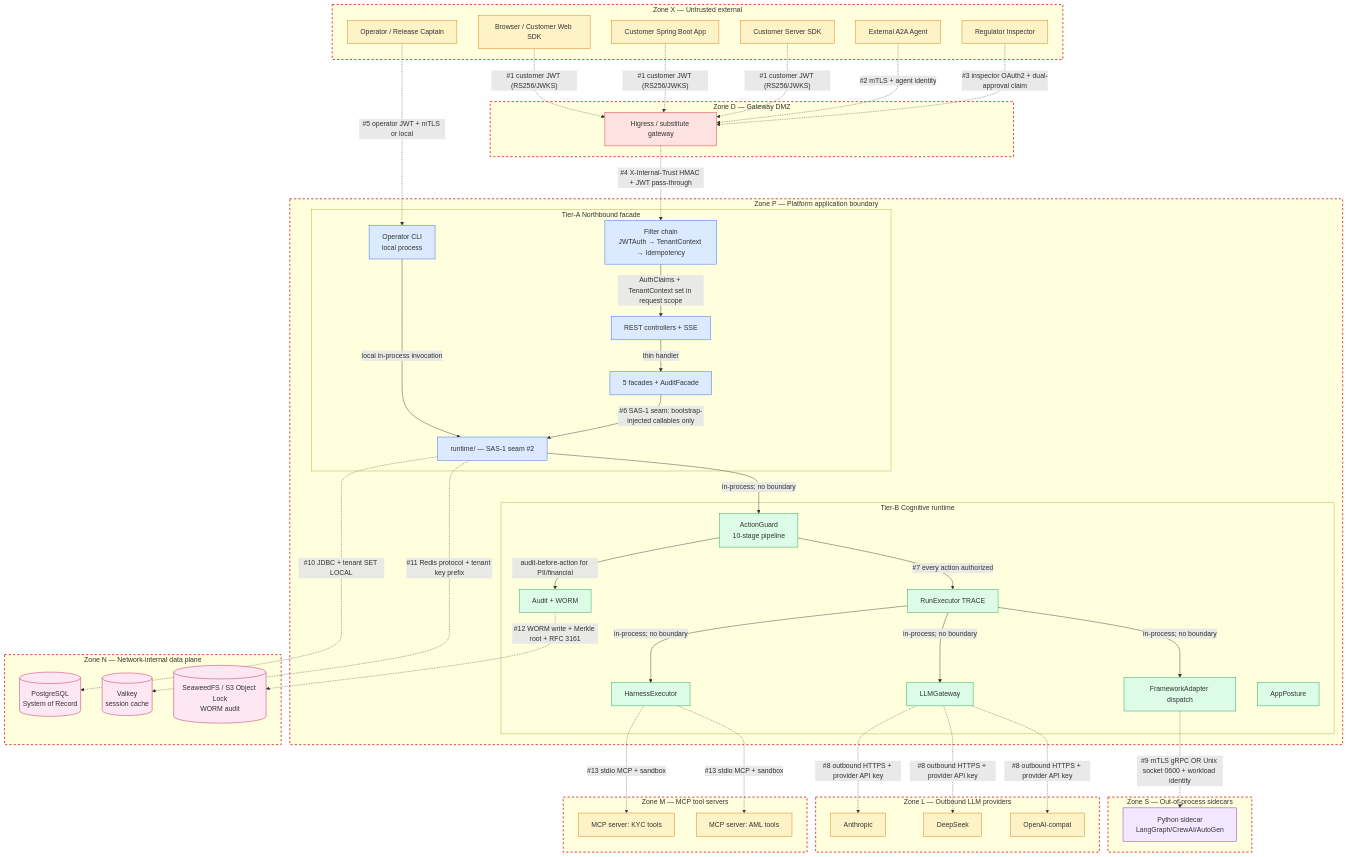
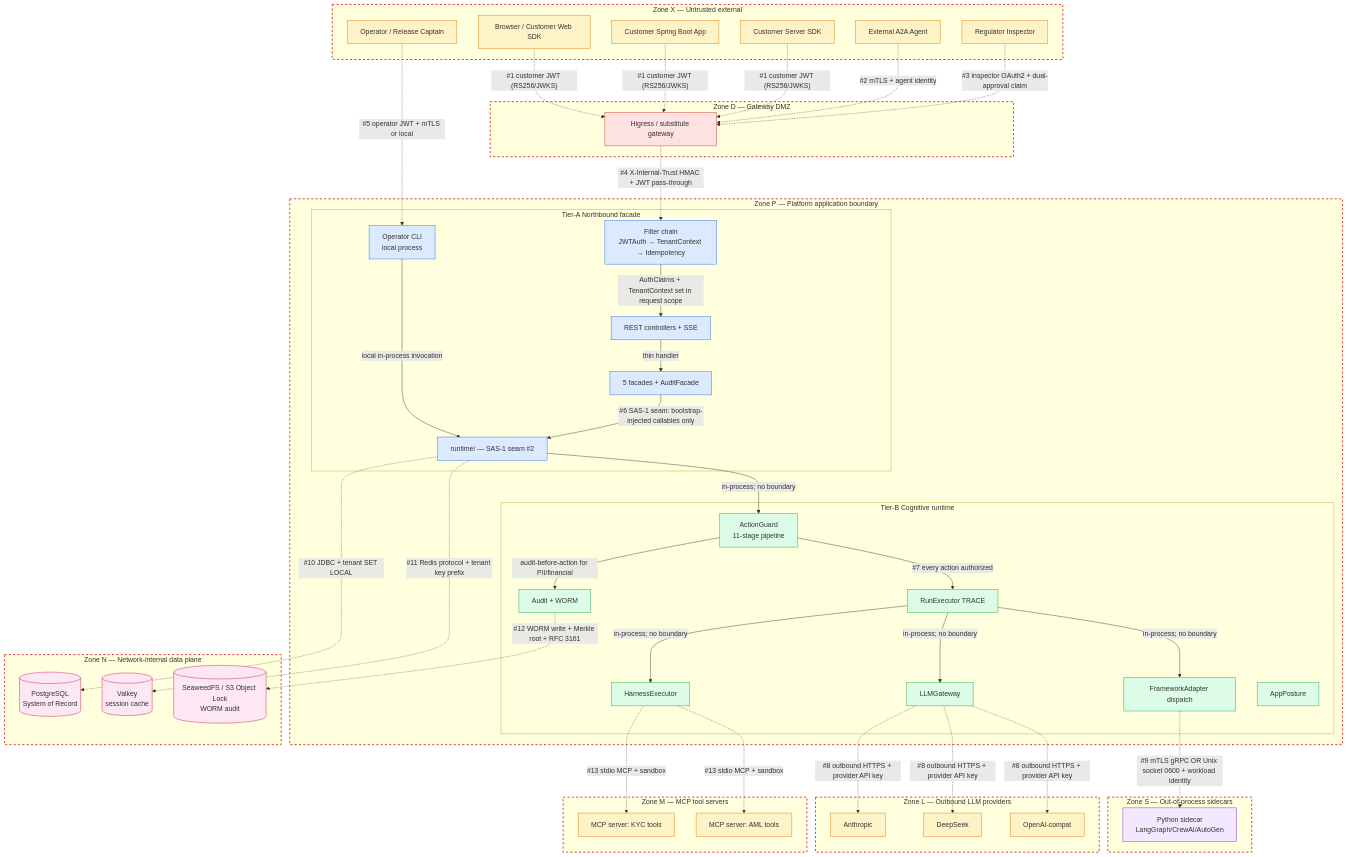
The diagram in docs/trust-boundary-diagram.md (chaosxingxc-orion/spring-ai-fin), drawn with Mermaid before and after one commit. The commit also changed other lines of this file and 35 other files, not shown here.

```diff
--- a/docs/trust-boundary-diagram.md
+++ b/docs/trust-boundary-diagram.md
@@ -42,7 +42,7 @@
             BIND[runtime/ — SAS-1 seam #2]:::tier_a
         end
         subgraph TIERB["Tier-B Cognitive runtime"]
-            ACTIONGUARD[ActionGuard<br/>10-stage pipeline]:::tier_b
+            ACTIONGUARD[ActionGuard<br/>11-stage pipeline]:::tier_b
             RUNNER[RunExecutor TRACE]:::tier_b
             LLM_GW[LLMGateway]:::tier_b
             ADAPTERS[FrameworkAdapter dispatch]:::tier_b
```
